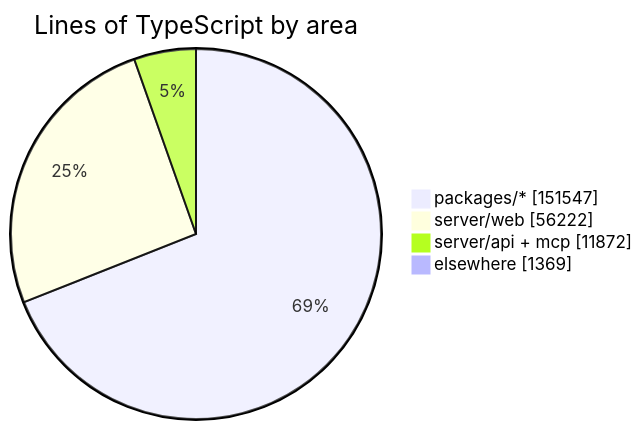
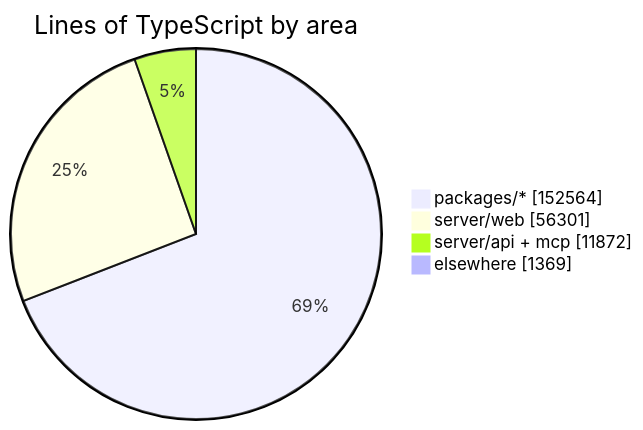
The diagram in README.md (crossworks-engineering/mantle), drawn with Mermaid before and after one commit. The commit also changed other lines of this file and 2 other files, not shown here.

````diff
--- a/README.md
+++ b/README.md
@@ -279,7 +279,7 @@
 ```mermaid
 pie showData title Lines of TypeScript by area
-    "packages/*" : 151547
-    "server/web" : 56222
+    "packages/*" : 152564
+    "server/web" : 56301
     "server/api + mcp" : 11872
     "elsewhere" : 1369
 ```
````
